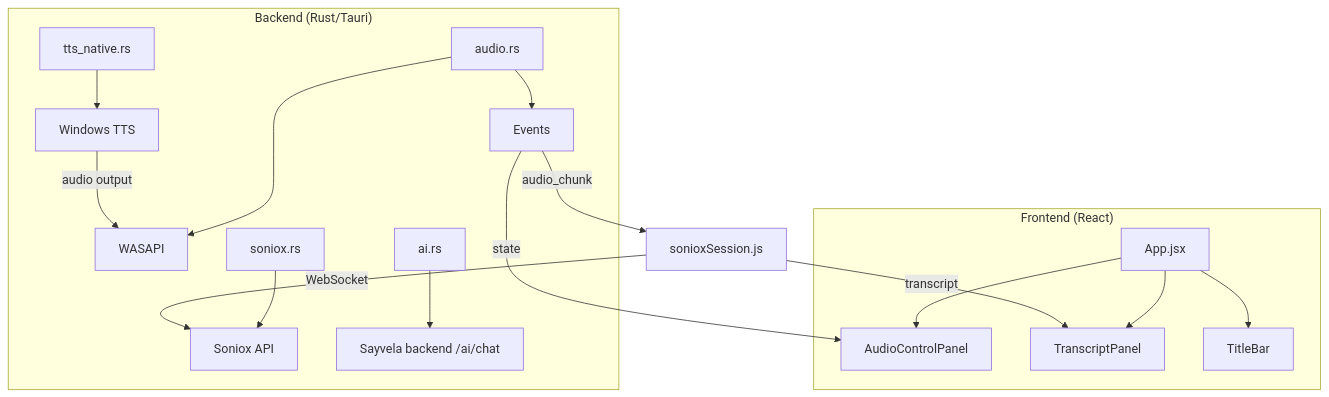
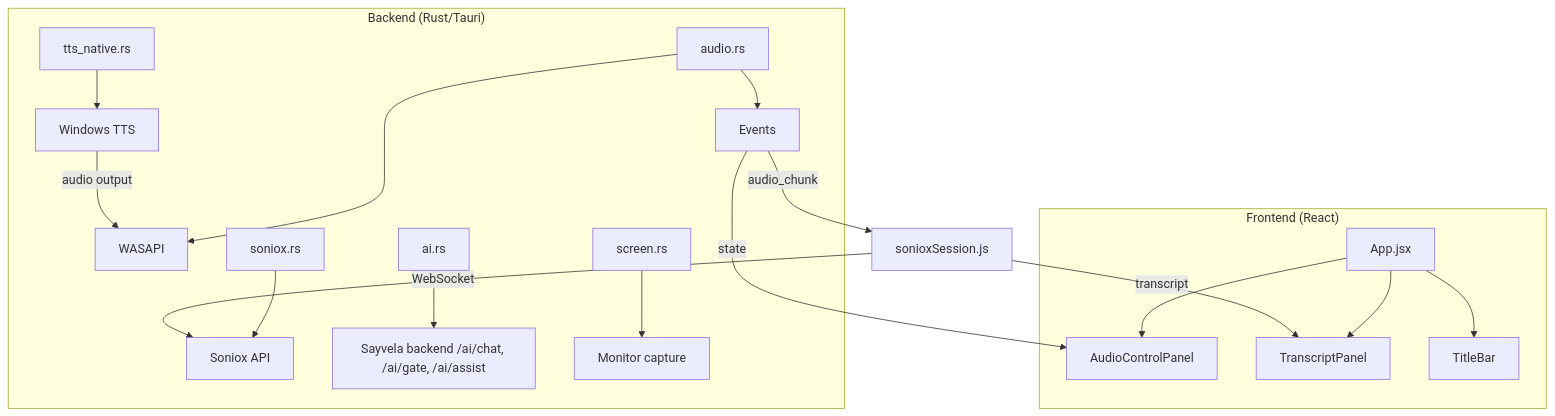
Before and after one commit to tungnguyensnk/sayvela: the first of 2 diagrams in desktop/README.md, drawn with Mermaid. The commit also changed other lines of this file and 68 other files, not shown here.

First line of the commit message:
feat: implement AI assist system with gate model, real-time tools, and customization

````diff
--- a/desktop/README.md
+++ b/desktop/README.md
@@ -28,22 +29,23 @@
 ```mermaid
 graph TB
     subgraph Frontend["Frontend (React)"]
         A[App.jsx] --> B[AudioControlPanel]
         A --> C[TranscriptPanel]
         A --> D[TitleBar]
     end
 
     subgraph Backend["Backend (Rust/Tauri)"]
         E[audio.rs] --> F[WASAPI]
         E --> G[Events]
         H[soniox.rs] --> I[Soniox API]
-        J[ai.rs] --> K[Sayvela backend /ai/chat]
+        J[ai.rs] --> K[Sayvela backend /ai/chat, /ai/gate, /ai/assist]
+        S[screen.rs] --> T[Monitor capture]
         L[tts_native.rs] --> M[Windows TTS]
     end
 
     G -->|audio_chunk| N[sonioxSession.js]
     N -->|WebSocket| I
     N -->|transcript| C
     G -->|state| B
     M -->|audio output| F
 ```
````
